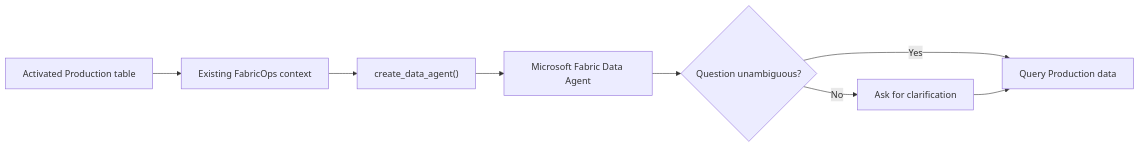
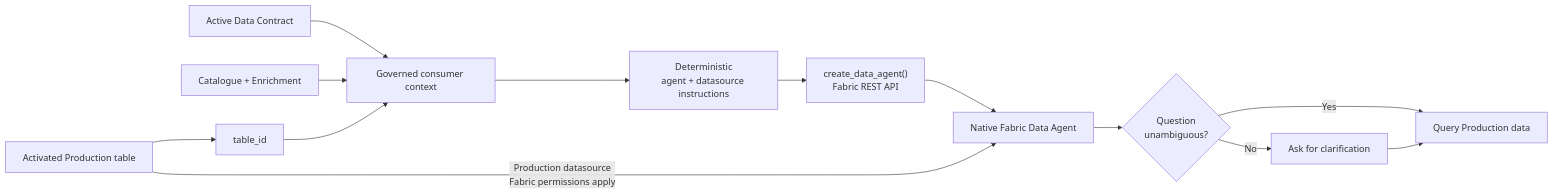
The diagram in docs/solutions/production-table-to-data-agent.md (Voycepeh/FabricOps-Starter-Kit), drawn with Mermaid before and after one commit. The commit also changed other lines of this file, not shown here.

Commit message:
docs: restructure data agent featured solution

````diff
--- a/docs/solutions/production-table-to-data-agent.md
+++ b/docs/solutions/production-table-to-data-agent.md
@@ -53,10 +58,15 @@
 ```mermaid
 flowchart LR
-    A["Activated Production table"] --> B["Existing FabricOps context"]
-    B --> C["create_data_agent()"]
-    C --> D["Microsoft Fabric Data Agent"]
-    D --> E{"Question unambiguous?"}
-    E -- Yes --> F["Query Production data"]
-    E -- No --> G["Ask for clarification"]
-    G --> F
+    TABLE["Activated Production table"] --> ID["table_id"]
+    CONTRACT["Active Data Contract"] --> CONTEXT["Governed consumer context"]
+    CATALOGUE["Catalogue + Enrichment"] --> CONTEXT
+    ID --> CONTEXT
+    CONTEXT --> INSTRUCTIONS["Deterministic<br/>agent + datasource instructions"]
+    INSTRUCTIONS --> API["create_data_agent()<br/>Fabric REST API"]
+    API --> AGENT["Native Fabric Data Agent"]
+    TABLE -->|"Production datasource<br/>Fabric permissions apply"| AGENT
+    AGENT --> QUESTION{"Question<br/>unambiguous?"}
+    QUESTION -->|"Yes"| QUERY["Query Production data"]
+    QUESTION -->|"No"| CLARIFY["Ask for clarification"]
+    CLARIFY --> QUERY
 ```
````
